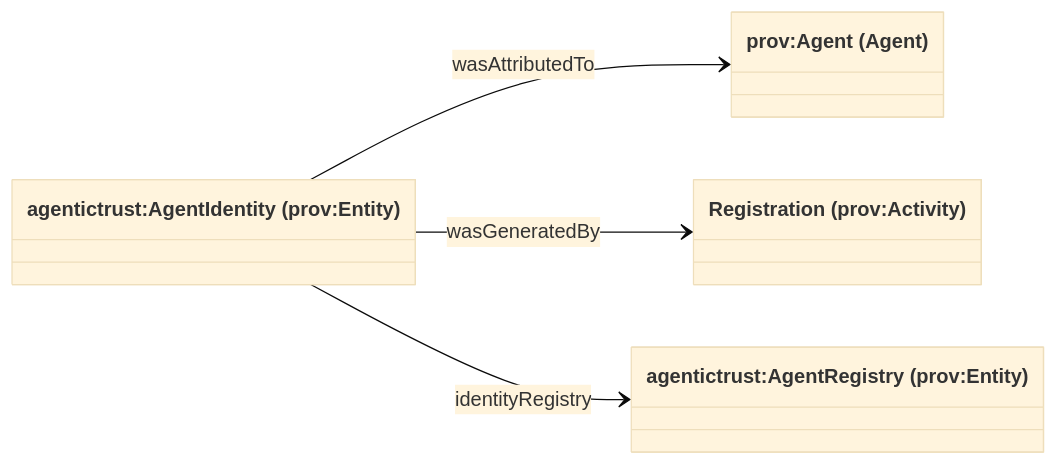
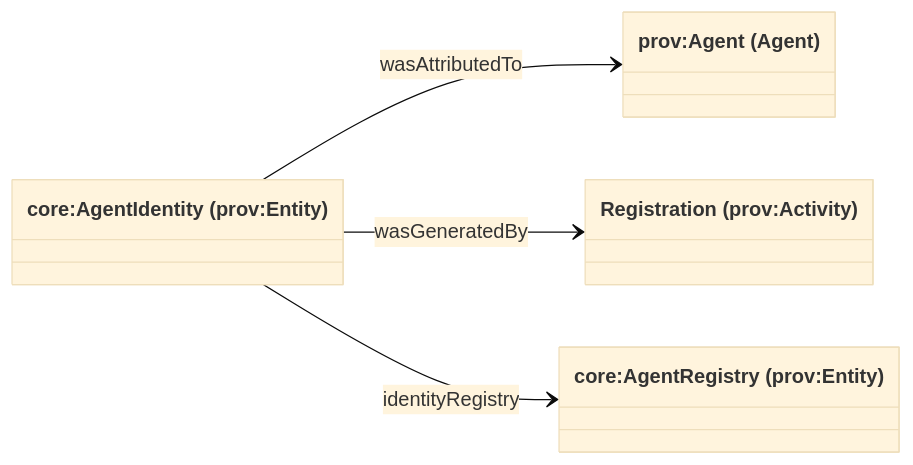
One commit to Agentic-Trust-Layer/agent-explorer changed the diagram in docs/ontology/agent-identity.md. Above: the diagram before and after it, drawn with Mermaid (base theme). The commit also changed other lines of this file and 49 other files, not shown here.

````diff
--- a/docs/ontology/agent-identity.md
+++ b/docs/ontology/agent-identity.md
@@ -183,13 +183,13 @@
 ```mermaid
 classDiagram
 direction LR
 
 class Agent["prov:Agent (Agent)"]
-class AgentIdentity["agentictrust:AgentIdentity (prov:Entity)"]
-class AgentRegistry["agentictrust:AgentRegistry (prov:Entity)"]
+class AgentIdentity["core:AgentIdentity (prov:Entity)"]
+class AgentRegistry["core:AgentRegistry (prov:Entity)"]
 class Registration["Registration (prov:Activity)"]
 
 AgentIdentity --> Agent : wasAttributedTo
 AgentIdentity --> Registration : wasGeneratedBy
 AgentIdentity --> AgentRegistry : identityRegistry
 ```
````
